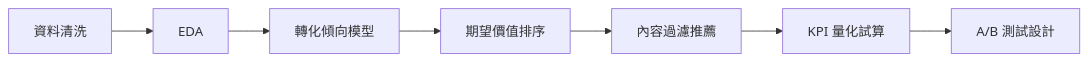
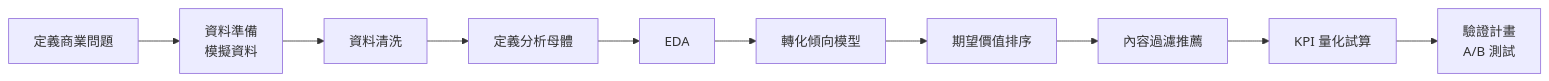
One commit to yaooo0826/sip_conversion_recommender changed the diagram in README.md. Above: the diagram before and after it, drawn with Mermaid. The commit also changed other lines of this file, not shown here.

Commit message:
流程圖改成和計劃書一致

````diff
--- a/README.md
+++ b/README.md
@@ -29,9 +29,12 @@
 ```mermaid
 flowchart LR
-    A[資料清洗] --> B[EDA]
+    P[定義商業問題] --> Q[資料準備<br>模擬資料]
+    Q --> A[資料清洗]
+    A --> R[定義分析母體]
+    R --> B[EDA]
     B --> C[轉化傾向模型]
     C --> D[期望價值排序]
     D --> E[內容過濾推薦]
     E --> F[KPI 量化試算]
-    F --> G[A/B 測試設計]
+    F --> G[驗證計畫<br>A/B 測試]
 ```
````
